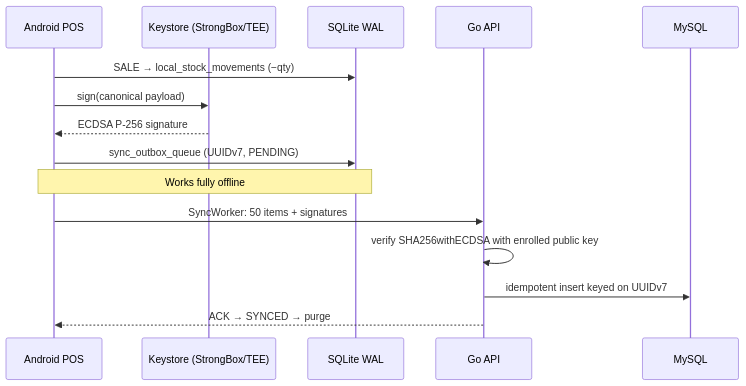
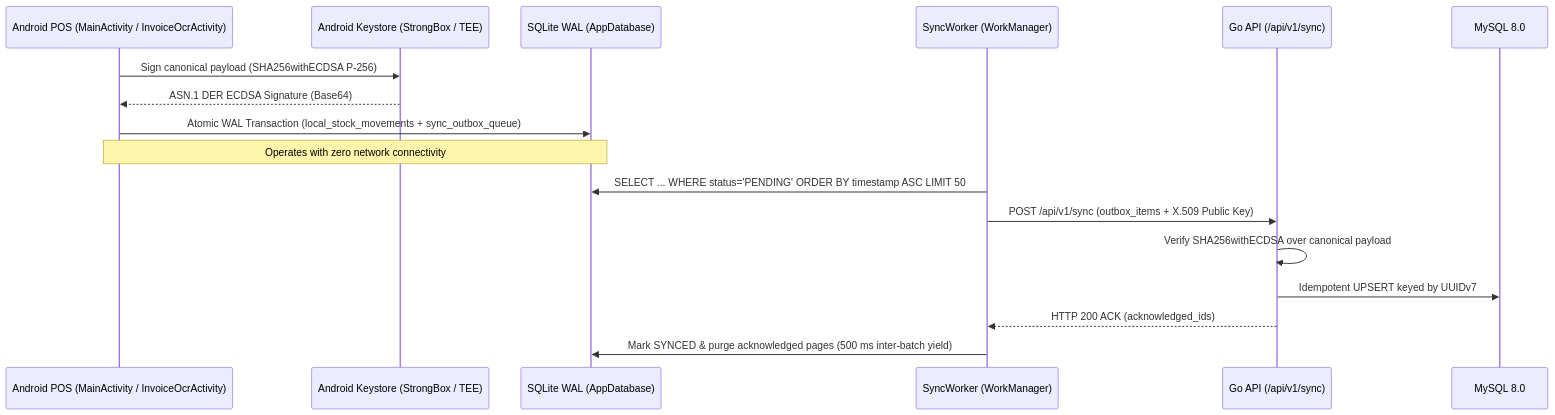
The second of 2 diagrams in README.md (ban-food-intelligence/ban-food-intelligence), drawn with Mermaid before and after one commit. The commit also changed other lines of this file and 8 other files, not shown here.

Commit message:
feat(pos): integrate NVIDIA Vision-Language OCR for Task 5 and professionalize README

````diff
--- a/README.md
+++ b/README.md
@@ -188,17 +242,20 @@
 ```mermaid
 sequenceDiagram
-    participant POS as Android POS
-    participant KS as Keystore (StrongBox/TEE)
-    participant SQ as SQLite WAL
-    participant API as Go API
-    participant DB as MySQL
-    POS->>SQ: SALE → local_stock_movements (−qty)
-    POS->>KS: sign(canonical payload)
-    KS-->>POS: ECDSA P-256 signature
-    POS->>SQ: sync_outbox_queue (UUIDv7, PENDING)
-    Note over POS,SQ: Works fully offline
-    POS->>API: SyncWorker: 50 items + signatures
-    API->>API: verify SHA256withECDSA with enrolled public key
-    API->>DB: idempotent insert keyed on UUIDv7
-    API-->>POS: ACK → SYNCED → purge
+    participant POS as Android POS (MainActivity / InvoiceOcrActivity)
+    participant KS as Android Keystore (StrongBox / TEE)
+    participant SQ as SQLite WAL (AppDatabase)
+    participant SW as SyncWorker (WorkManager)
+    participant API as Go API (/api/v1/sync)
+    participant DB as MySQL 8.0
+
+    POS->>KS: Sign canonical payload (SHA256withECDSA P-256)
+    KS-->>POS: ASN.1 DER ECDSA Signature (Base64)
+    POS->>SQ: Atomic WAL Transaction (local_stock_movements + sync_outbox_queue)
+    Note over POS,SQ: Operates with zero network connectivity
+    SW->>SQ: SELECT ... WHERE status='PENDING' ORDER BY timestamp ASC LIMIT 50
+    SW->>API: POST /api/v1/sync (outbox_items + X.509 Public Key)
+    API->>API: Verify SHA256withECDSA over canonical payload
+    API->>DB: Idempotent UPSERT keyed by UUIDv7
+    API-->>SW: HTTP 200 ACK (acknowledged_ids)
+    SW->>SQ: Mark SYNCED & purge acknowledged pages (500 ms inter-batch yield)
 ```
````
